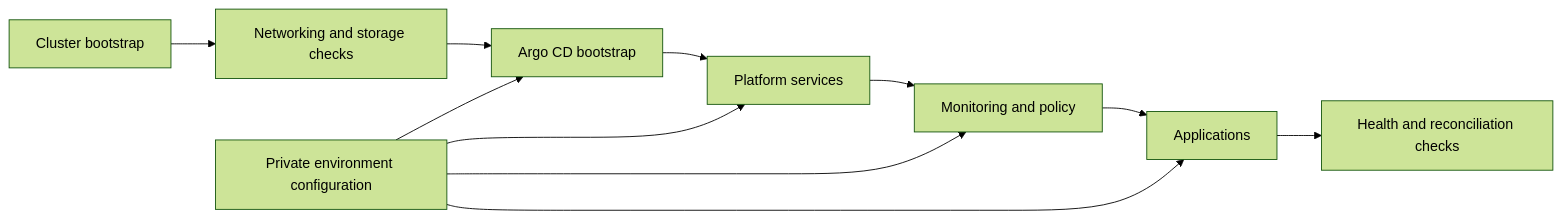
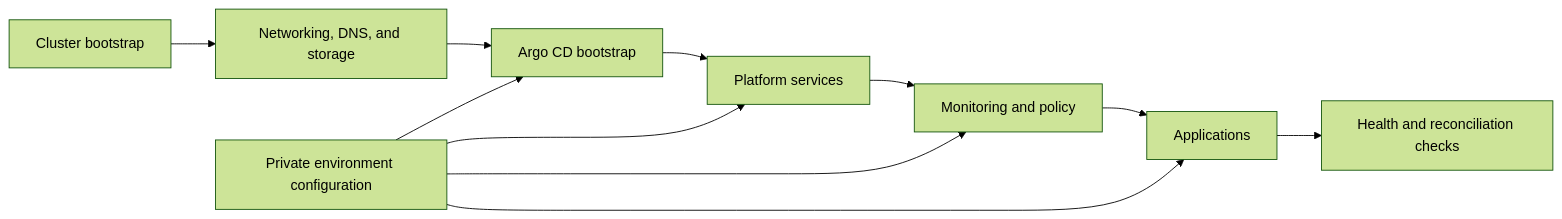
One commit to T-Py-T/kubernetes-gitops-homelab changed the diagram in README.md. Above: the diagram before and after it, drawn with Mermaid (forest theme). The commit also changed other lines of this file and 2 other files, not shown here.

````diff
--- a/README.md
+++ b/README.md
@@ -33,14 +13,14 @@
 ```mermaid
 flowchart LR
-    A[Cluster bootstrap] --> B[Networking and storage checks]
+    A[Cluster bootstrap] --> B[Networking, DNS, and storage]
     B --> C[Argo CD bootstrap]
     C --> D[Platform services]
     D --> E[Monitoring and policy]
     E --> F[Applications]
     F --> G[Health and reconciliation checks]
 
     H[Private environment configuration] --> C
     H --> D
     H --> E
     H --> F
 ```
````
